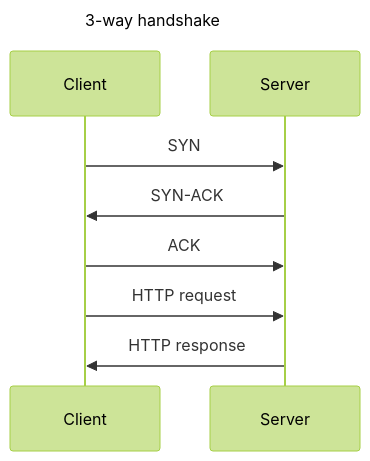
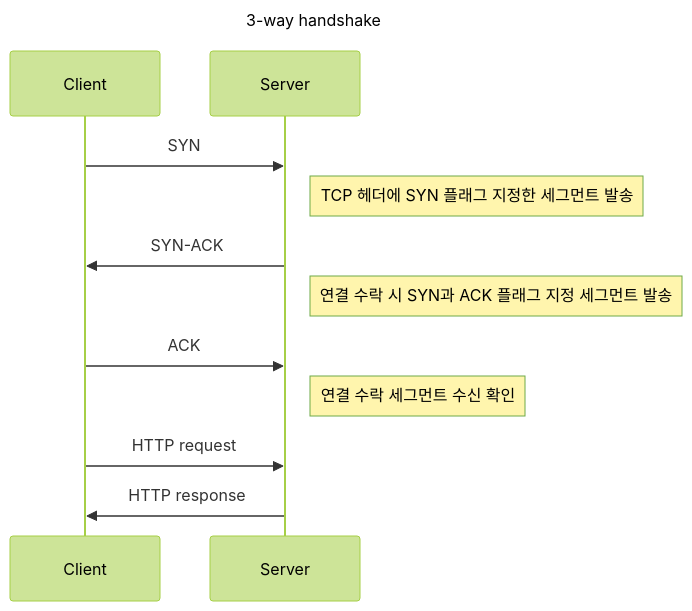
Before and after one commit to djccnt15/djccnt15.github.io: the second of 4 diagrams in docs/blog/posts/2024-07-25-web_client_server.md, drawn with Mermaid (forest theme). The commit also changed other lines of this file, not shown here.

Commit message:
update post web_client_server add note to sequence diagram

````diff
--- a/docs/blog/posts/2024-07-25-web_client_server.md
+++ b/docs/blog/posts/2024-07-25-web_client_server.md
@@ -57,11 +57,14 @@
 ```mermaid
 ---
 title: 3-way handshake
 ---
 sequenceDiagram
     Client ->> Server : SYN
+    Note right of Server : TCP 헤더에 SYN 플래그 지정한 세그먼트 발송
     Server ->> Client : SYN-ACK
+    Note right of Server : 연결 수락 시 SYN과 ACK 플래그 지정 세그먼트 발송
     Client ->> Server : ACK
+    Note right of Server : 연결 수락 세그먼트 수신 확인
     Client ->> Server : HTTP request
     Server ->> Client : HTTP response
 ```
````
